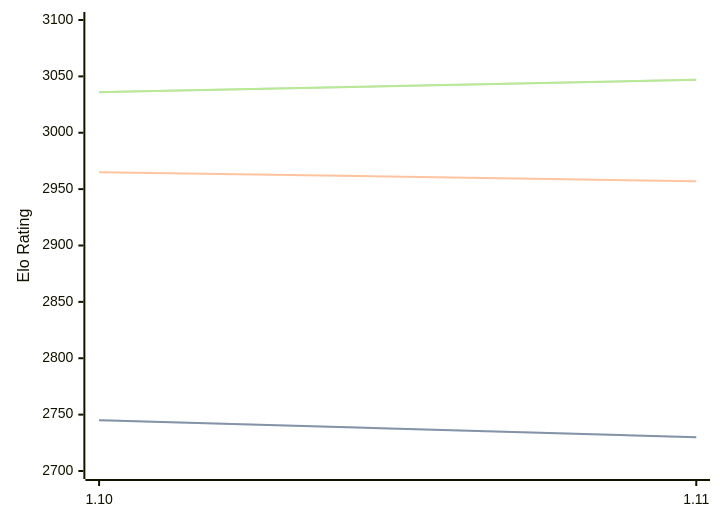
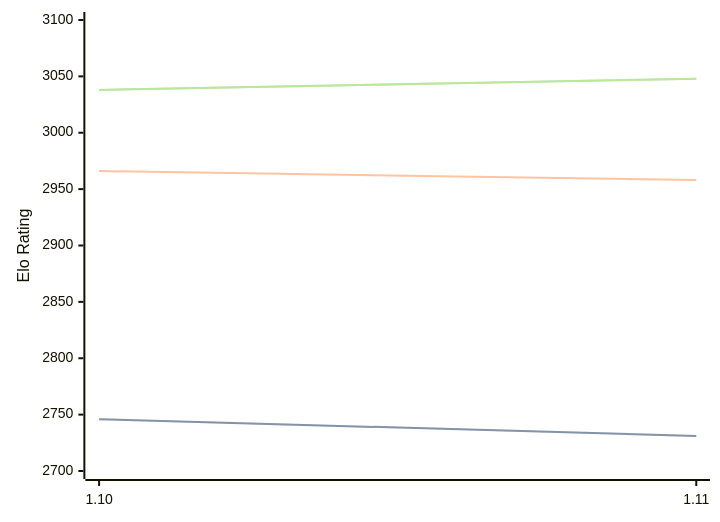
One commit to computer-chess-index/cci changed the diagram in engines/Roc.md. Above: the diagram before and after it, drawn with Mermaid. The commit also changed other lines of this file, not shown here.

Commit message:
Update CCI Ratings (ELO VLTC) - 2026-10-09

````diff
--- a/engines/Roc.md
+++ b/engines/Roc.md
@@ -42,11 +42,11 @@
 ```mermaid
 %%{init: {"theme":"base","themeVariables":{"seriesColors:['#a3a3a3','#222221','#faa371']}}}%%
 xychart-beta
   x-axis ["1.10", "1.11"]
   y-axis "Elo Rating" 2700 --> 3100
-  line "" [2745, 2730]
-  line "STC (8.0+0.08s)" [2745, 2730]
-  line "LTC (60.0+0.60s)" [2965, 2957]
-  line "" [3036, 3047]
-  line "VLTC (2m24s+1.12s)" [3036, 3047]
+  line "" [2746, 2731]
+  line "STC (8.0+0.08s)" [2746, 2731]
+  line "LTC (60.0+0.60s)" [2966, 2958]
+  line "" [3038, 3048]
+  line "VLTC (2m24s+1.12s)" [3038, 3048]
 ```
````
